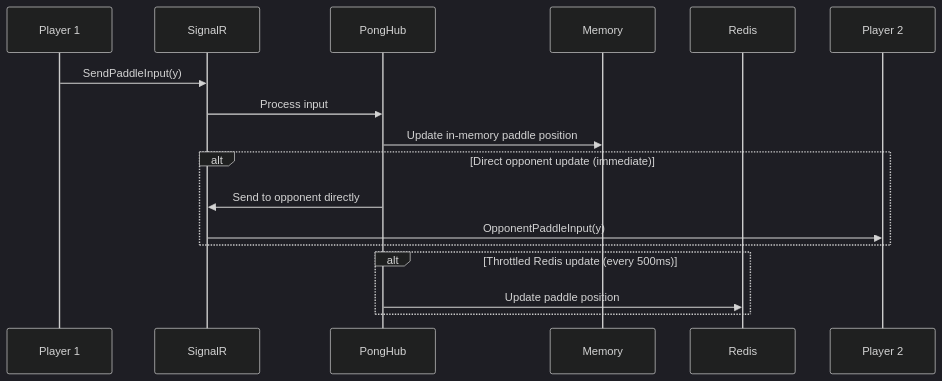
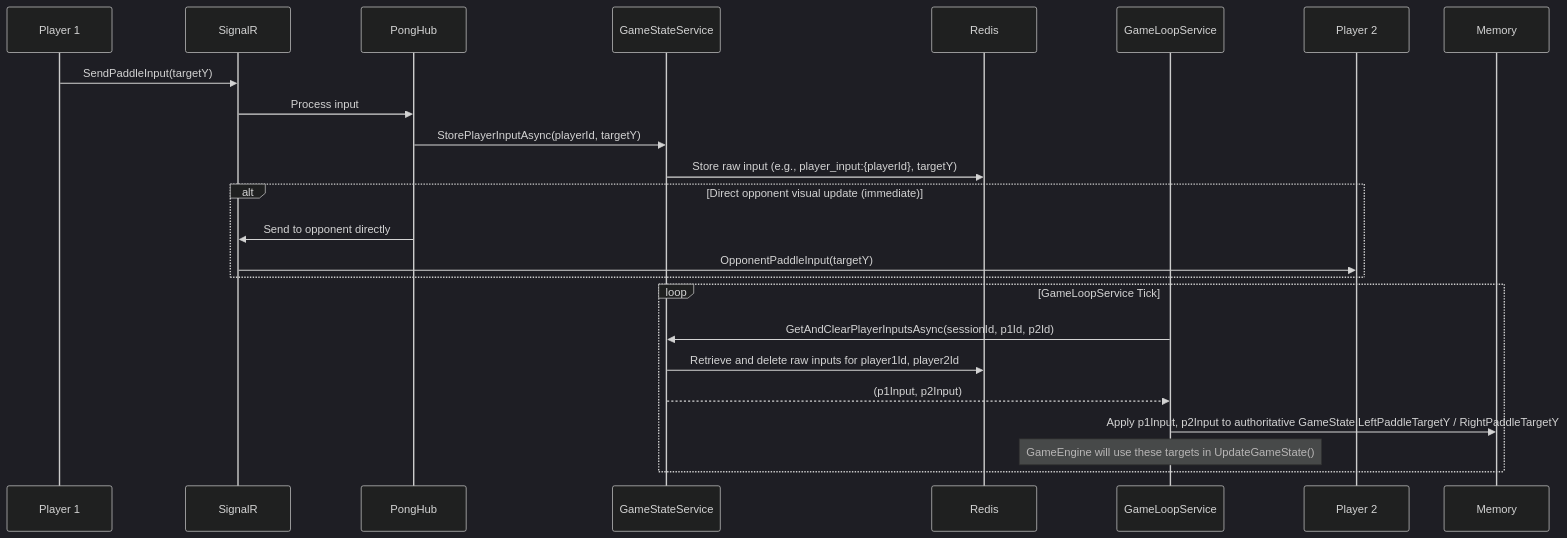
Before and after one commit to rmoreirao/AzureOnlinePongGame: the third of 4 diagrams in SYSTEM_DESIGN.md, drawn with Mermaid (dark theme). The commit also changed other lines of this file and 6 other files, not shown here.

First line of the commit message:
Refactor game state management and input handling in PongHub and GameStateService

````diff
--- a/SYSTEM_DESIGN.md
+++ b/SYSTEM_DESIGN.md
@@ -161,23 +164,29 @@
 ```mermaid
 sequenceDiagram
     participant Client1 as Player 1
     participant SignalR
     participant PongHub
-    participant Memory
+    participant GameStateService
     participant Redis
+    participant GameLoopService
     participant Client2 as Player 2
     
-    Client1->>SignalR: SendPaddleInput(y)
+    Client1->>SignalR: SendPaddleInput(targetY)
     SignalR->>PongHub: Process input
     
-    PongHub->>Memory: Update in-memory paddle position
+    PongHub->>GameStateService: StorePlayerInputAsync(playerId, targetY)
+    GameStateService->>Redis: Store raw input (e.g., player_input:{playerId}, targetY)
     
-    alt Direct opponent update (immediate)
+    alt Direct opponent visual update (immediate)
         PongHub->>SignalR: Send to opponent directly
-        SignalR->>Client2: OpponentPaddleInput(y)
+        SignalR->>Client2: OpponentPaddleInput(targetY)
     end
     
-    alt Throttled Redis update (every 500ms)
-        PongHub->>Redis: Update paddle position
+    loop GameLoopService Tick
+        GameLoopService->>GameStateService: GetAndClearPlayerInputsAsync(sessionId, p1Id, p2Id)
+        GameStateService->>Redis: Retrieve and delete raw inputs for player1Id, player2Id
+        GameStateService-->>GameLoopService: (p1Input, p2Input)
+        GameLoopService->>Memory: Apply p1Input, p2Input to authoritative GameState.LeftPaddleTargetY / RightPaddleTargetY
+        Note over GameLoopService: GameEngine will use these targets in UpdateGameState()
     end
 ```
````
